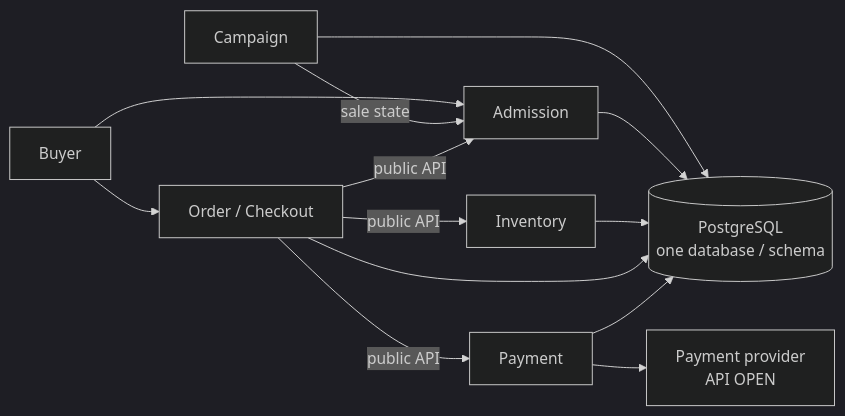
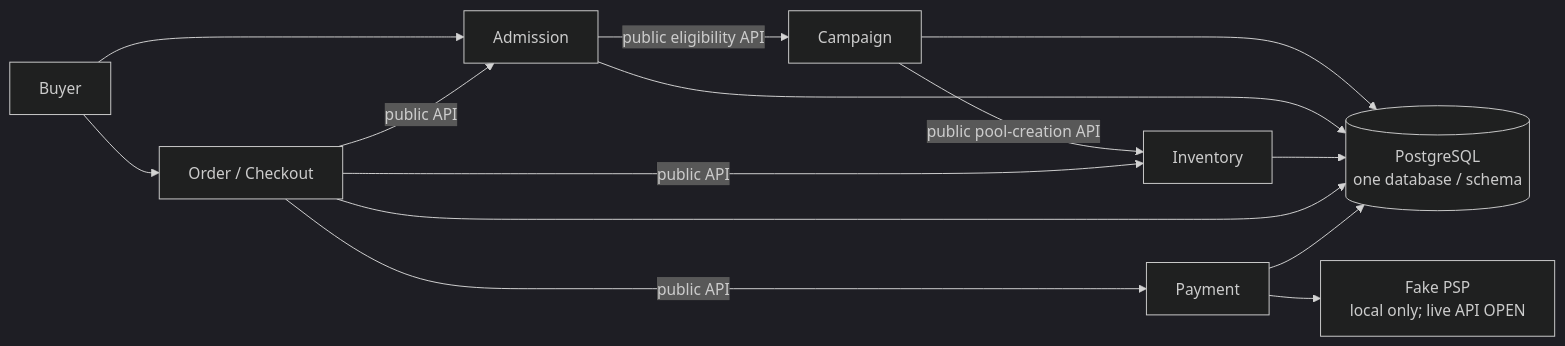
The second of 2 diagrams in docs/06-decisions/adr/ADR-0001-architecture-style.md (Neo1228/ATLAS), drawn with Mermaid (dark theme) before and after one commit. The commit also changed other lines of this file and 75 other files, not shown here.

````diff
--- a/docs/06-decisions/adr/ADR-0001-architecture-style.md
+++ b/docs/06-decisions/adr/ADR-0001-architecture-style.md
@@ -55,15 +55,16 @@
 ```mermaid
 flowchart LR
     Buyer[Buyer] --> Admission
-    Campaign -->|"sale state"| Admission
+    Admission -->|"public eligibility API"| Campaign
+    Campaign -->|"public pool-creation API"| Inventory
     Buyer --> Checkout["Order / Checkout"]
     Checkout -->|"public API"| Admission
     Checkout -->|"public API"| Inventory
     Checkout -->|"public API"| Payment
     Campaign --> DB[("PostgreSQL<br/>one database / schema")]
     Admission --> DB
     Inventory --> DB
     Checkout --> DB
     Payment --> DB
-    Payment --> PSP["Payment provider<br/>API OPEN"]
+    Payment --> PSP["Fake PSP<br/>local only; live API OPEN"]
 ```
````
